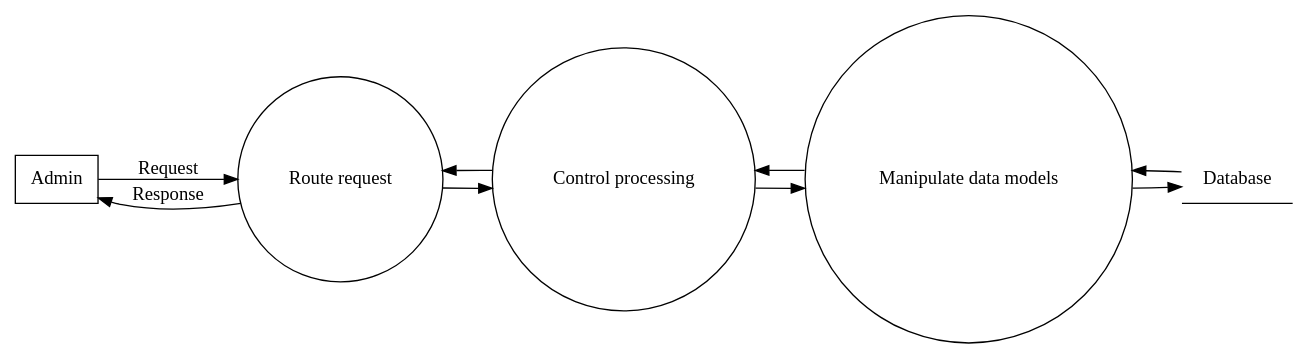
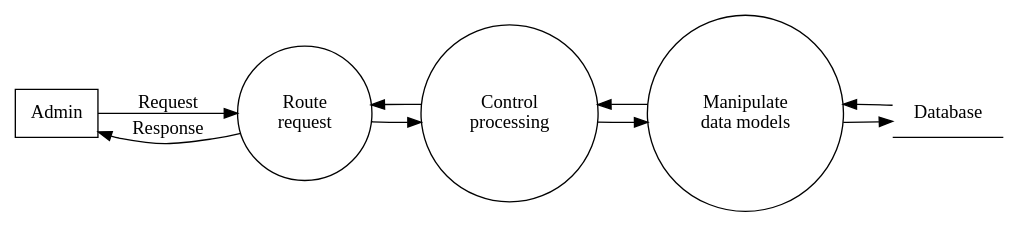
The diagram in design/data_flow_diagrams/level_1.dot (luke-hamann/stc-cis-248), drawn with Graphviz before and after one commit. The commit also changed 13 other files, not shown here.

```diff
--- a/design/data_flow_diagrams/level_1.dot
+++ b/design/data_flow_diagrams/level_1.dot
@@ -1,18 +1,18 @@
 digraph data_flow_diagram {
     rankdir = "LR"
     node [ shape = circle ]
     
     Admin [ shape = box ]
     
-    Admin -> "Route request" [ label = "Request" ]
-    "Route request" -> Admin [ label = "Response" ]
-    "Route request" -> "Control processing"
-    "Control processing" -> "Route request"
-    "Control processing" -> "Manipulate data models"
-    "Manipulate data models" -> "Control processing"
-    "Manipulate data models" -> "Database"
+    Admin -> "Route\nrequest" [ label = "Request" ]
+    "Route\nrequest" -> Admin [ label = "Response" ]
+    "Route\nrequest" -> "Control\nprocessing"
+    "Control\nprocessing" -> "Route\nrequest"
+    "Control\nprocessing" -> "Manipulate\ndata models"
+    "Manipulate\ndata models" -> "Control\nprocessing"
+    "Manipulate\ndata models" -> "Database"
     
     "Database" [ shape = underline ]
     
-    "Database" -> "Manipulate data models"
+    "Database" -> "Manipulate\ndata models"
 }
```
